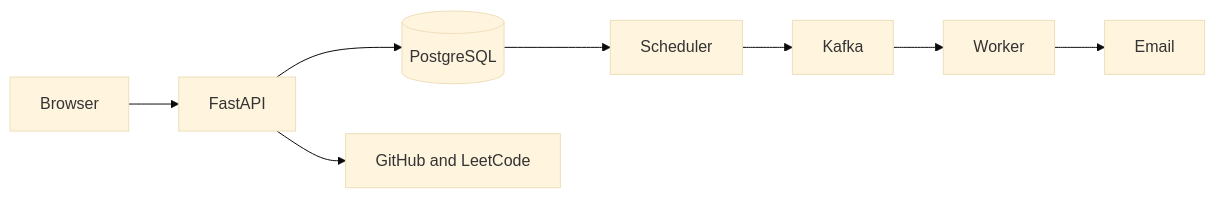
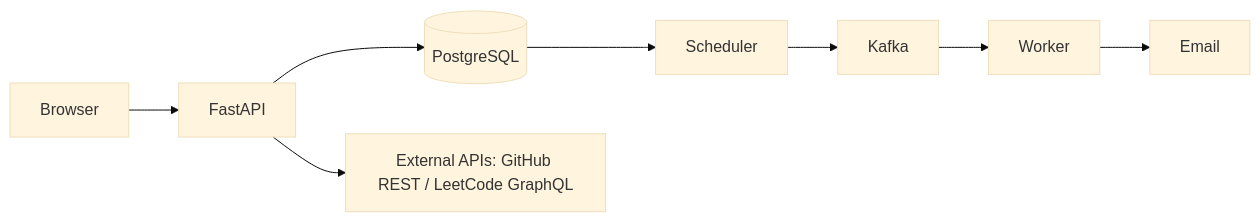
One commit to rajeev8008/Pace changed the diagram in README.md. Above: the diagram before and after it, drawn with Mermaid (base theme). The commit also changed other lines of this file and 1 other file, not shown here.

````diff
--- a/README.md
+++ b/README.md
@@ -36,10 +48,10 @@
 ```mermaid
 flowchart LR
     Browser --> API[FastAPI]
     API --> DB[(PostgreSQL)]
-    API --> Profiles[GitHub and LeetCode]
+    API --> External[External APIs: GitHub REST / LeetCode GraphQL]
     DB --> Scheduler
     Scheduler --> Kafka
     Kafka --> Worker
     Worker --> SMTP[Email]
 ```
````
